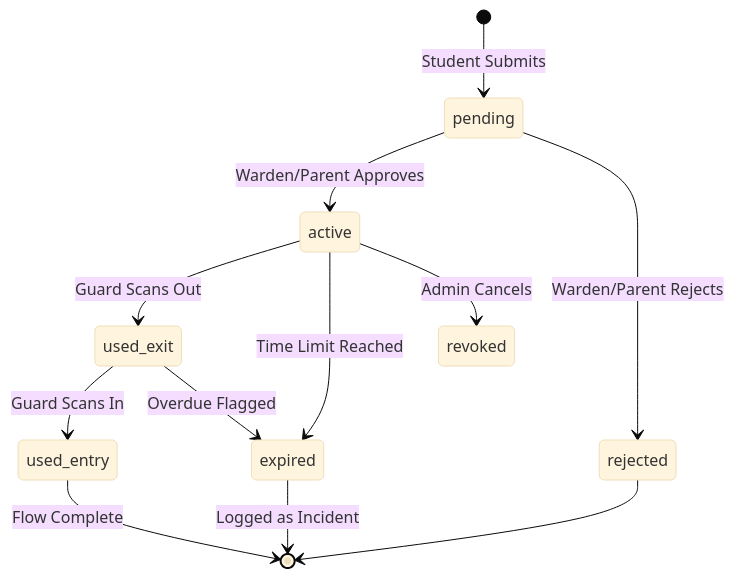
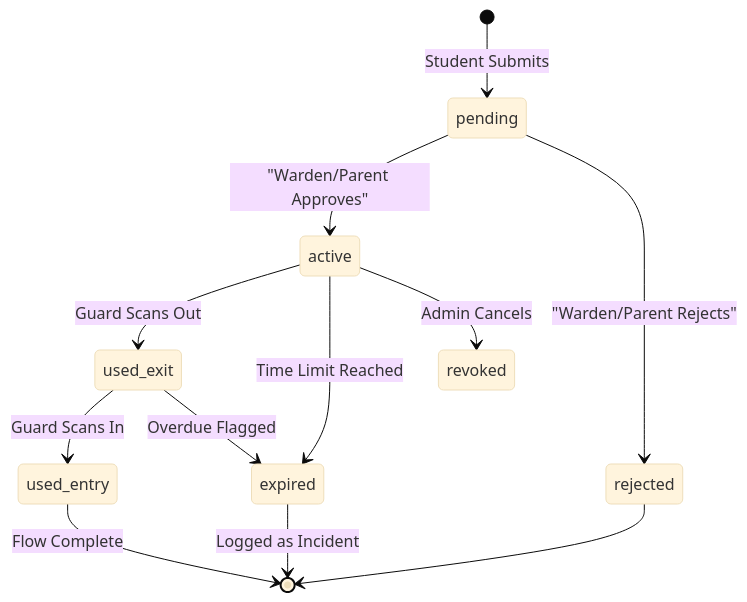
The second of 2 diagrams in docs/architecture.md (RoyalLit/PassOS), drawn with Mermaid (base theme) before and after one commit. The commit also changed other lines of this file and 1 other file, not shown here.

````diff
--- a/docs/architecture.md
+++ b/docs/architecture.md
@@ -53,14 +55,14 @@
 ```mermaid
 stateDiagram-v2
     [*] --> pending: Student Submits
-    pending --> active: Warden/Parent Approves
-    pending --> rejected: Warden/Parent Rejects
+    pending --> active: "Warden/Parent Approves"
+    pending --> rejected: "Warden/Parent Rejects"
     active --> used_exit: Guard Scans Out
     active --> expired: Time Limit Reached
     active --> revoked: Admin Cancels
     used_exit --> used_entry: Guard Scans In
     used_exit --> expired: Overdue Flagged
     used_entry --> [*]: Flow Complete
     expired --> [*]: Logged as Incident
     rejected --> [*]
 ```
````
